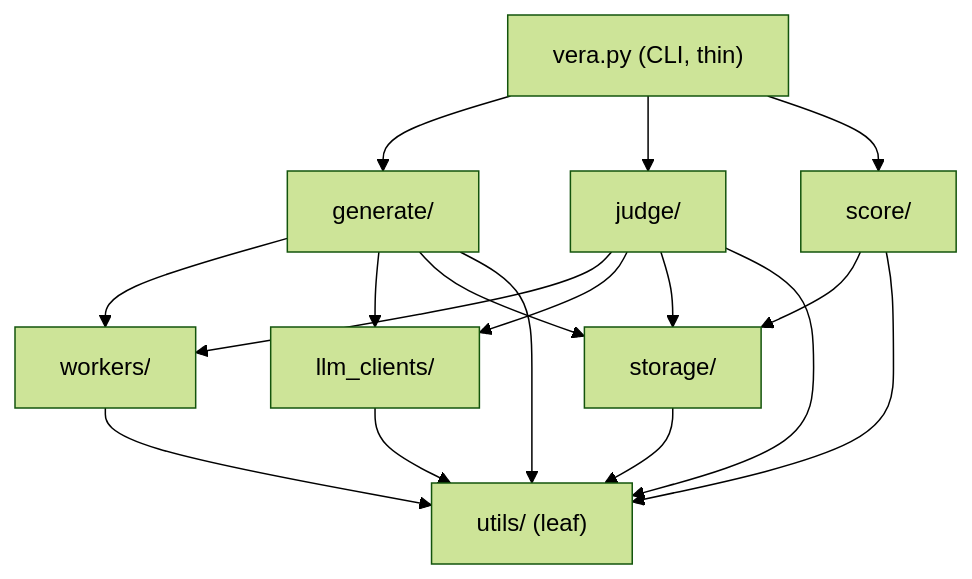
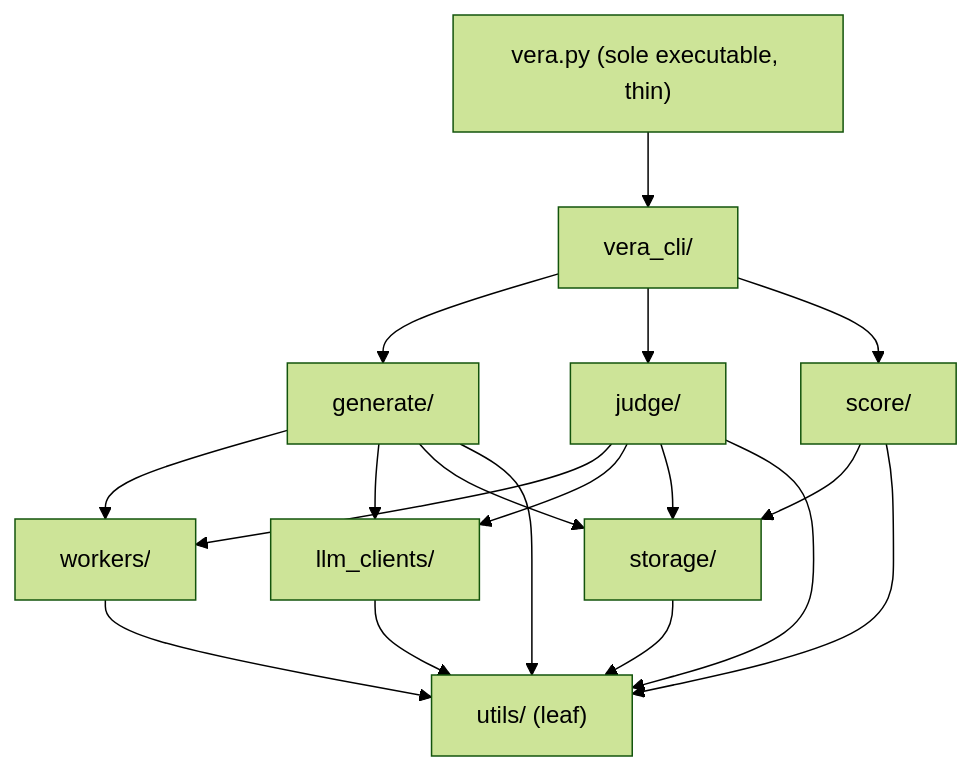
The diagram in docs/ARCHITECTURE-SPINE.md (SpringCare/VERA-MH), drawn with Mermaid (forest theme) before and after one commit. The commit also changed other lines of this file and 3 other files, not shown here.

Commit message:
docs: define unified CLI architecture contract

````diff
--- a/docs/ARCHITECTURE-SPINE.md
+++ b/docs/ARCHITECTURE-SPINE.md
@@ -40,19 +40,20 @@
 ```mermaid
 graph TD
-    CLI["vera.py (CLI, thin)"] --> GEN["generate/"]
+    ENTRY["vera.py (sole executable, thin)"] --> CLI["vera_cli/"]
+    CLI --> GEN["generate/"]
     CLI --> JUDGE["judge/"]
     CLI --> SCORE["score/"]
     GEN --> WORKERS["workers/"]
     JUDGE --> WORKERS
     GEN --> LLM["llm_clients/"]
     JUDGE --> LLM
     GEN --> STORAGE["storage/"]
     JUDGE --> STORAGE
     SCORE --> STORAGE
     LLM --> UTILS["utils/ (leaf)"]
     STORAGE --> UTILS
     WORKERS --> UTILS
     GEN --> UTILS
     JUDGE --> UTILS
     SCORE --> UTILS
 ```
````
